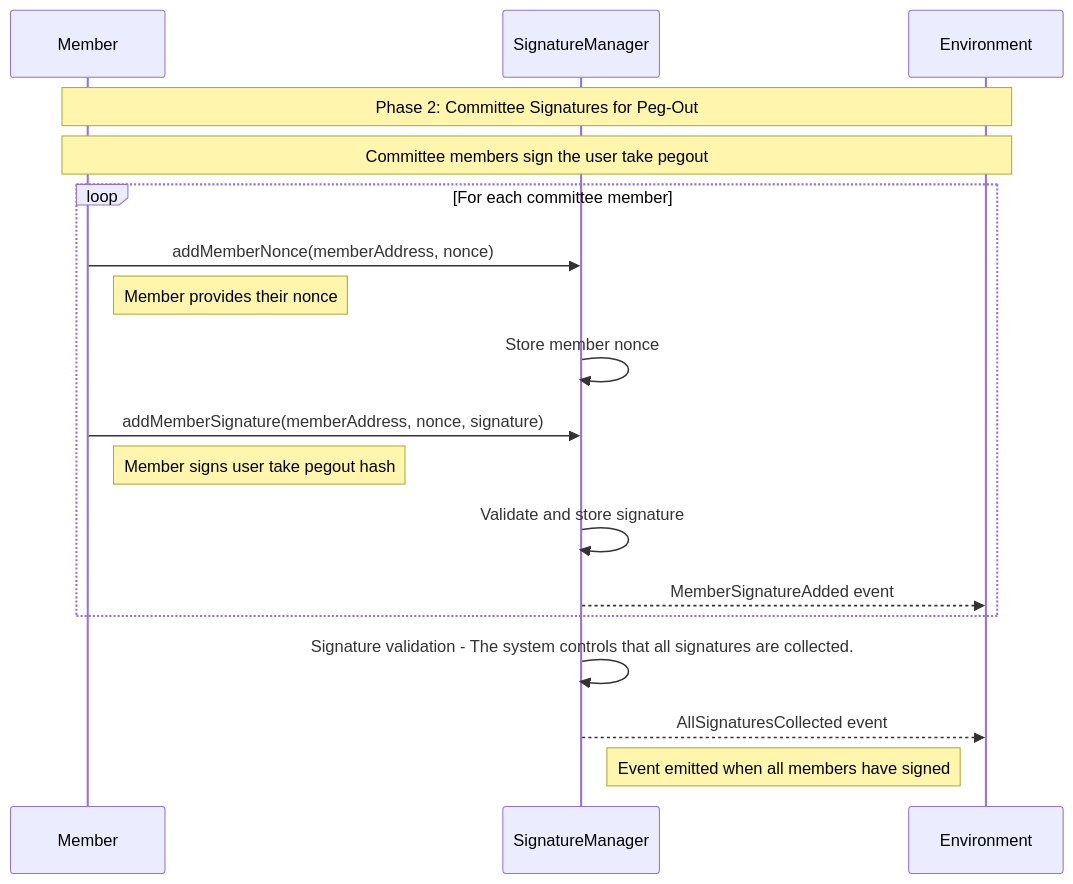
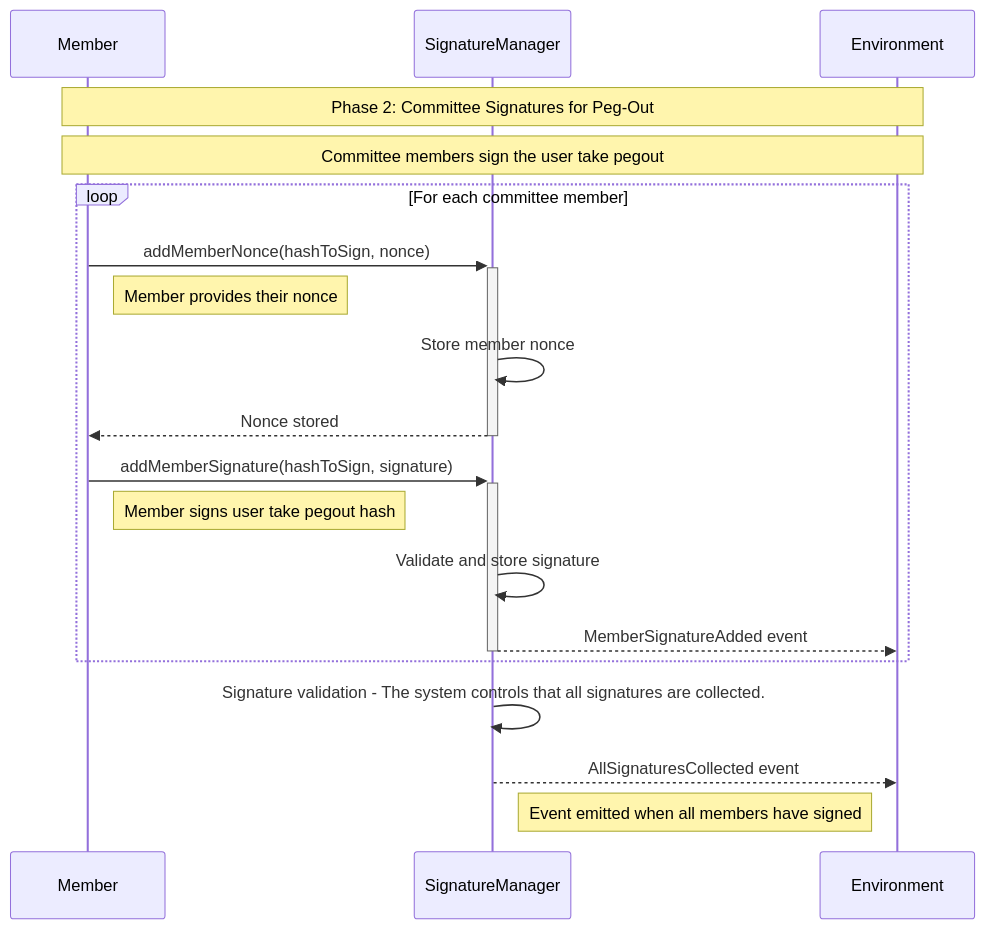
The ninth of 12 diagrams in docs/src/README.md (rsksmart/union-bridge-contracts), drawn with Mermaid before and after one commit. The commit also changed other lines of this file and 95 other files, not shown here.

````diff
--- a/docs/src/README.md
+++ b/docs/src/README.md
@@ -297,23 +578,24 @@
 ```mermaid
 sequenceDiagram
     participant M as Member
     participant SM as SignatureManager
     participant ENV as Environment
 
     Note over M,ENV: Phase 2: Committee Signatures for Peg-Out
     Note over M,ENV: Committee members sign the user take pegout
 
     loop For each committee member
-        M->>SM: addMemberNonce(memberAddress, nonce)
+        M->>+SM: addMemberNonce(hashToSign, nonce)
         Note right of M: Member provides their nonce
         SM->>SM: Store member nonce
-        M->>SM: addMemberSignature(memberAddress, nonce, signature)
+        SM-->>-M: Nonce stored
+        M->>+SM: addMemberSignature(hashToSign, signature)
         Note right of M: Member signs user take pegout hash
         SM->>SM: Validate and store signature
-        SM-->>ENV: MemberSignatureAdded event
+        SM-->>-ENV: MemberSignatureAdded event
     end
 
     SM->>SM: Signature validation - The system controls that all signatures are collected.
     SM-->>ENV: AllSignaturesCollected event
     Note right of SM: Event emitted when all members have signed
 ```
````
